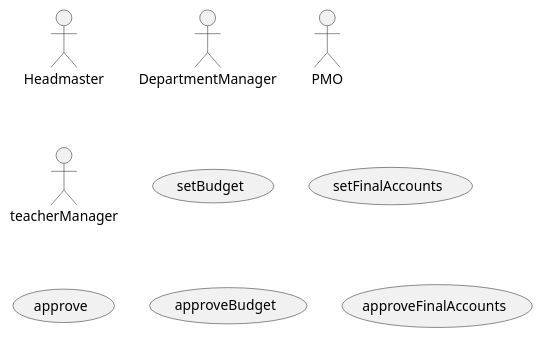
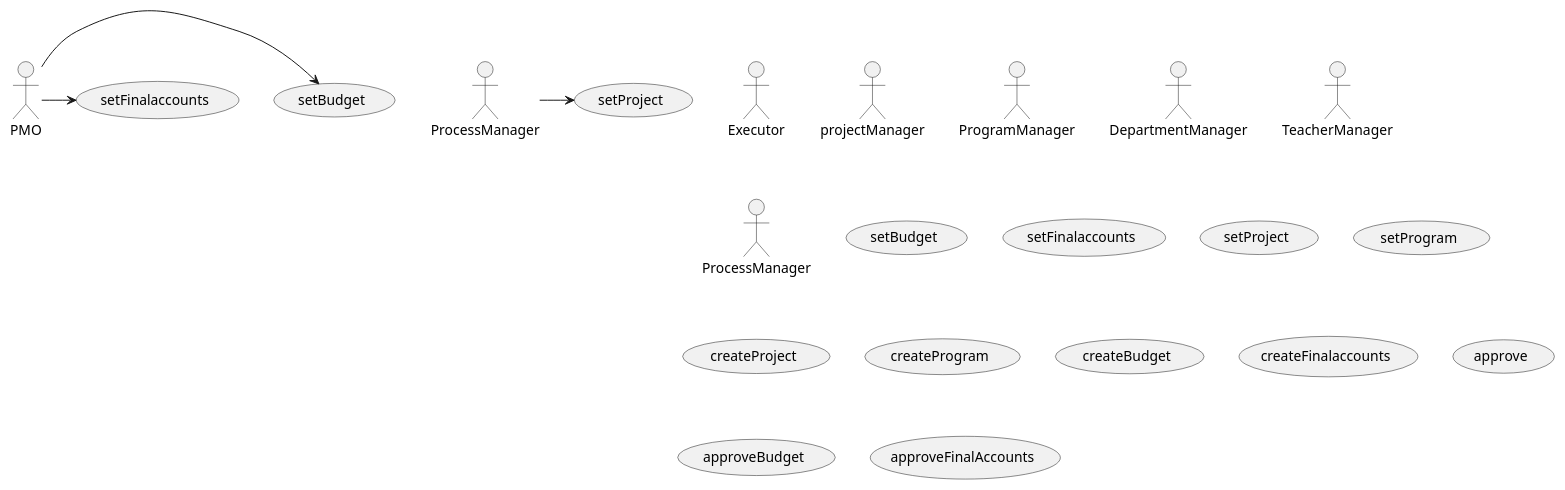
One commit to cssssb/pmo changed the diagram in doc/dev/workFlow/defineUsecase.puml. Above: the diagram before and after it, drawn with PlantUML. The commit also changed 2 other files, not shown here.

```diff
--- a/doc/dev/workFlow/defineUsecase.puml
+++ b/doc/dev/workFlow/defineUsecase.puml
@@ -1,13 +1,26 @@
 @startuml defineUsecase
 
-    actor Headmaster as pm
-    actor DepartmentManager as dm
-    actor PMO as pmo
-    actor teacherManager as tm
+    actor PMO as PMO
+    actor Executor as 实施班主任
+    actor projectManager as 项目经理
+    actor ProgramManager as 项目集经理
+    actor DepartmentManager as 部门经理
+    actor TeacherManager as 技术资源部
+    actor ProcessManager as 流程经理
 
-    usecase setBudget
-    usecase setFinalAccounts
-    usecase approve
-    usecase approveBudget
-    usecase approveFinalAccounts
+    usecase setBudget as 设置预算
+    usecase setFinalaccounts as 设置决算
+    usecase setProject as 实施项目
+    usecase setProgram as 项目集
+    usecase createProject
+    usecase createProgram
+    usecase createBudget
+    usecase createFinalaccounts 
+    usecase approve as 同意
+    usecase approveBudget as 同意预算
+    usecase approveFinalAccounts as 同意决算
+    
+    PMO -> (setBudget) 
+    PMO -> (setFinalaccounts)
+    ProcessManager -> (setProject)
 @enduml
```
